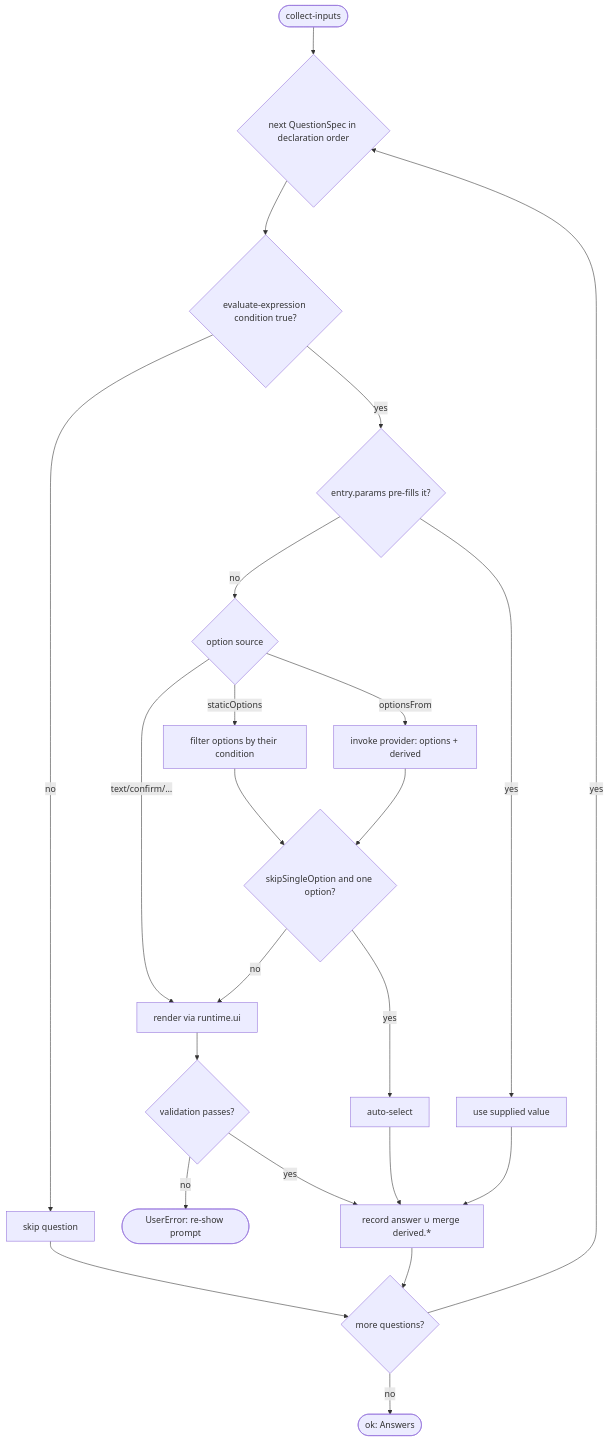
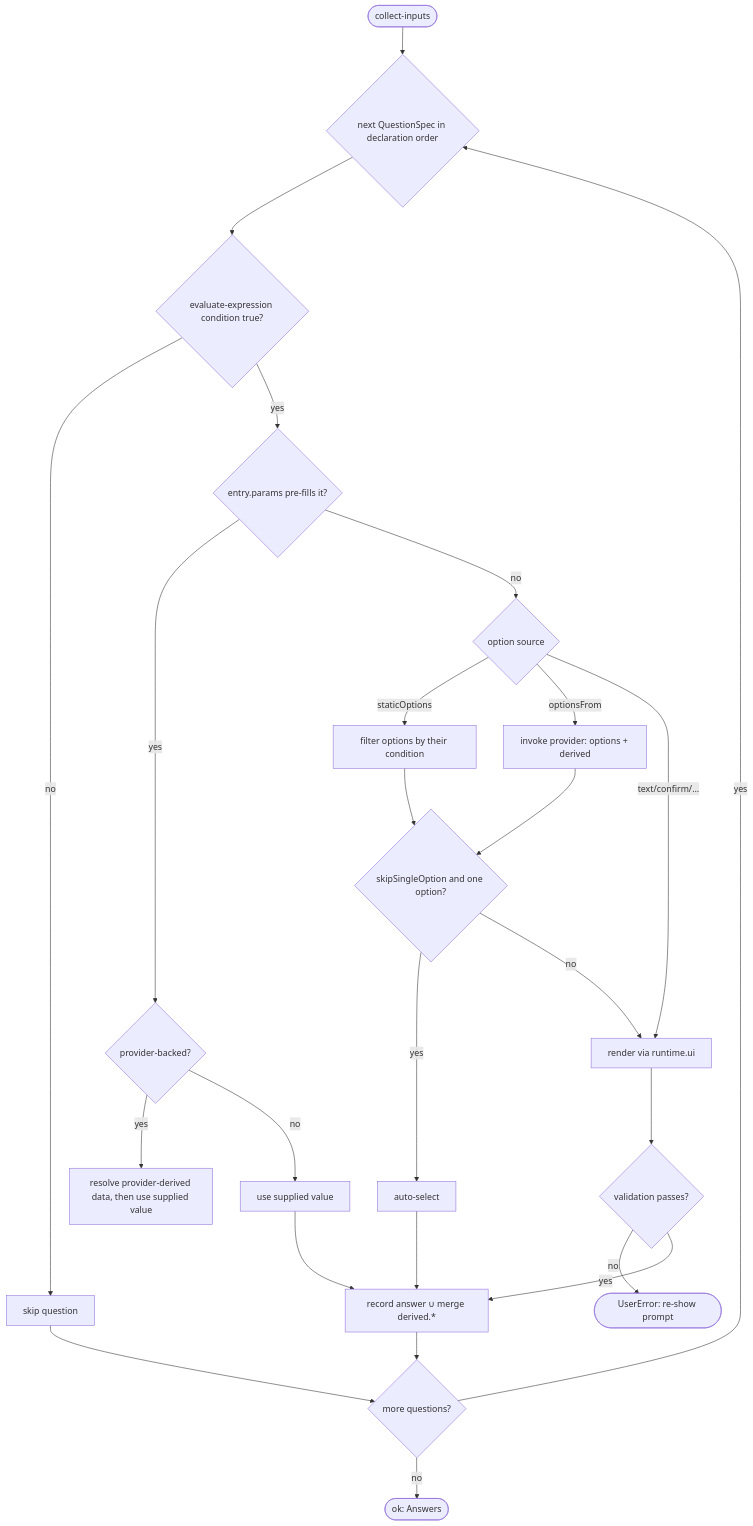
Before and after one commit to OfficeDev/Teams-Toolkit: the diagram in docs/03-specs/operations/scaffolding/collect-inputs.md, drawn with Mermaid. The commit also changed other lines of this file and 147 other files, not shown here.

````diff
--- a/docs/03-specs/operations/scaffolding/collect-inputs.md
+++ b/docs/03-specs/operations/scaffolding/collect-inputs.md
@@ -116,25 +127,27 @@
 ```mermaid
 flowchart TD
   start([collect-inputs]) --> q{next QuestionSpec in declaration order}
   q --> cond{evaluate-expression condition true?}
   cond -->|no| skip[skip question]
   cond -->|yes| pre{entry.params pre-fills it?}
-  pre -->|yes| usePre[use supplied value]
+  pre -->|yes| preSrc{provider-backed?}
+  preSrc -->|yes| preProv[resolve provider-derived data, then use supplied value]
+  preSrc -->|no| usePre[use supplied value]
   pre -->|no| src{option source}
   src -->|staticOptions| filt[filter options by their condition]
   src -->|optionsFrom| prov[invoke provider: options + derived]
   src -->|text/confirm/…| prompt
   filt --> single{skipSingleOption and one option?}
   prov --> single
   single -->|yes| auto[auto-select]
   single -->|no| prompt[render via runtime.ui]
   prompt --> valid{validation passes?}
   valid -->|no| errVal([UserError: re-show prompt])
   valid -->|yes| record
   auto --> record
   usePre --> record[record answer ∪ merge derived.*]
   skip --> more
   record --> more{more questions?}
   more -->|yes| q
   more -->|no| ok([ok: Answers])
 ```
````
